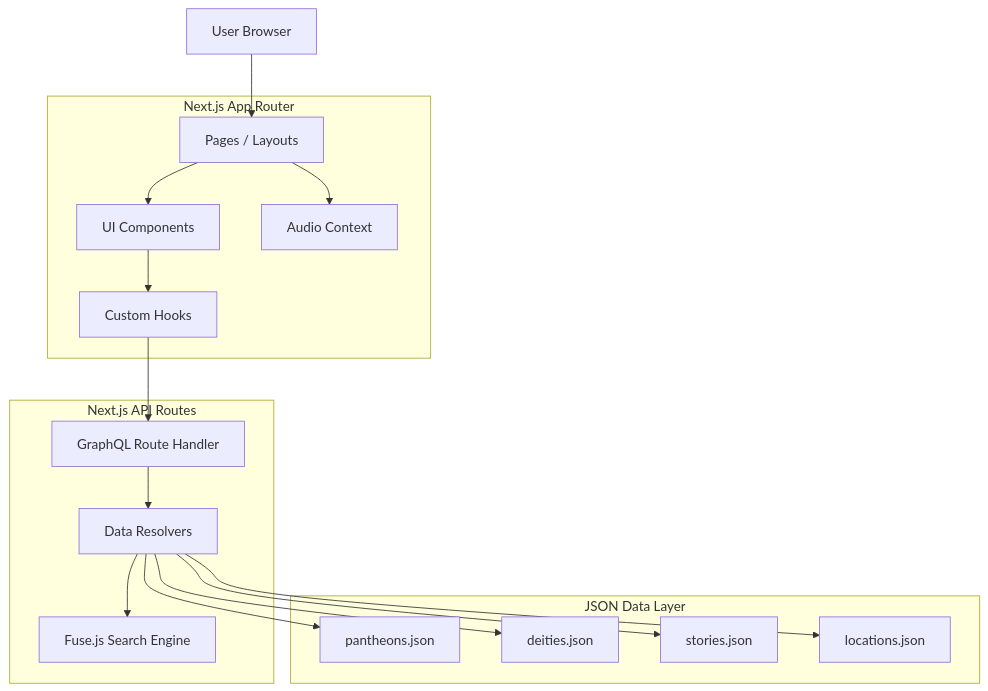
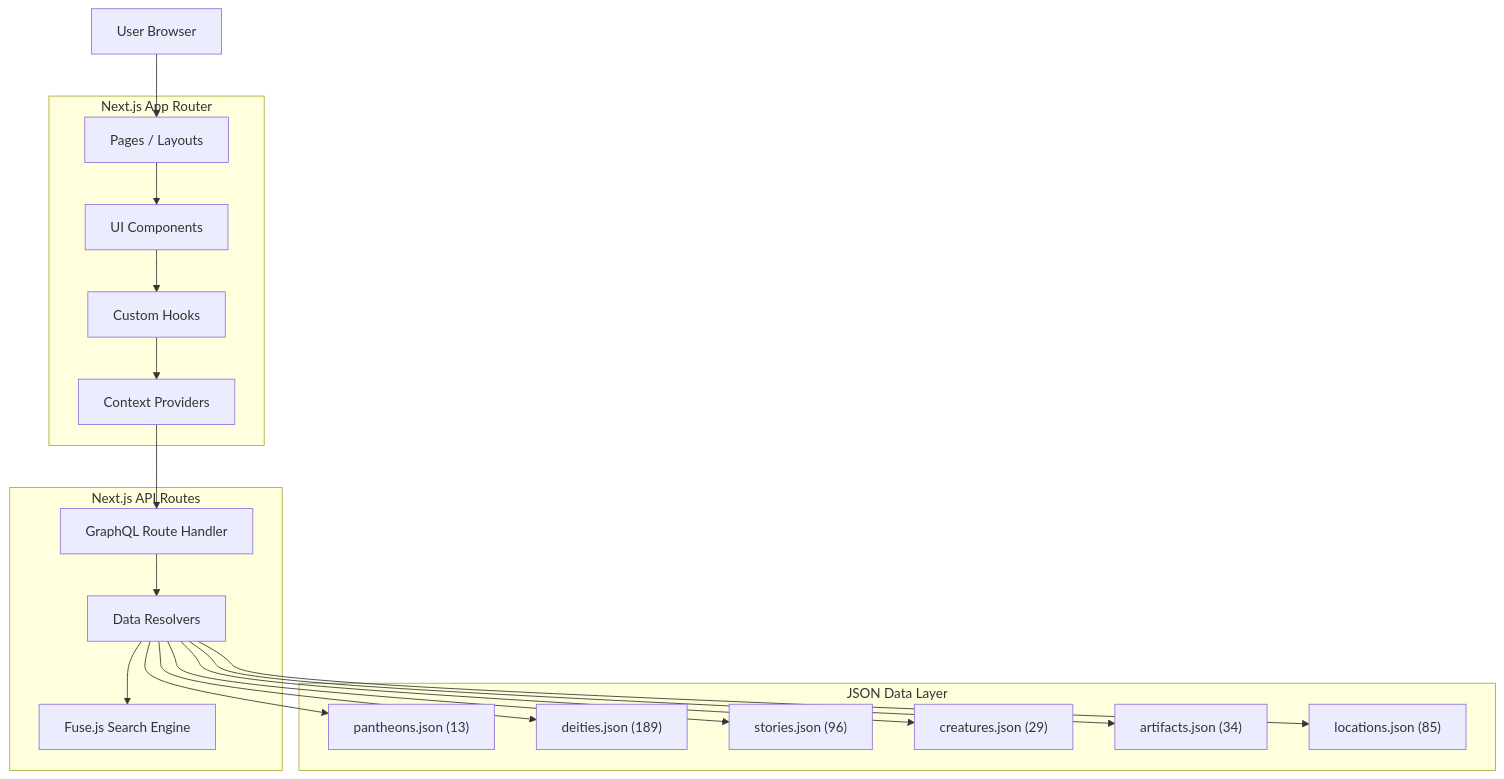
Before and after one commit to forbiddenlink/mythos: the diagram in README.md, drawn with Mermaid. The commit also changed other lines of this file and 2 other files, not shown here.

First line of the commit message:
docs: rewrite README, ARCHITECTURE with accurate data and versions

````diff
--- a/README.md
+++ b/README.md
@@ -67,39 +87,42 @@
 ```mermaid
 graph TD
     User[User Browser]
     
-    subgraph Frontend [Next.js App Router]
+    subgraph Frontend ["Next.js App Router"]
         Page[Pages / Layouts]
         Comp[UI Components]
         Hooks[Custom Hooks]
-        Audio[Audio Context]
+        Providers[Context Providers]
     end
     
-    subgraph API [Next.js API Routes]
+    subgraph API ["Next.js API Routes"]
         GraphQL[GraphQL Route Handler]
         Resolvers[Data Resolvers]
         Search[Fuse.js Search Engine]
     end
     
-    subgraph Data [JSON Data Layer]
-        Pantheons[pantheons.json]
-        Deities[deities.json]
-        Stories[stories.json]
-        Locations[locations.json]
+    subgraph Data ["JSON Data Layer"]
+        Pantheons["pantheons.json (13)"]
+        Deities["deities.json (189)"]
+        Stories["stories.json (96)"]
+        Creatures["creatures.json (29)"]
+        Artifacts["artifacts.json (34)"]
+        Locations["locations.json (85)"]
     end
     
     User --> Page
     Page --> Comp
     Comp --> Hooks
-    Hooks --> GraphQL
-    
-    Page --> Audio
+    Hooks --> Providers
+    Providers --> GraphQL
     
     GraphQL --> Resolvers
     Resolvers --> Search
     
     Resolvers --> Pantheons
     Resolvers --> Deities
     Resolvers --> Stories
+    Resolvers --> Creatures
+    Resolvers --> Artifacts
     Resolvers --> Locations
 ```
````
